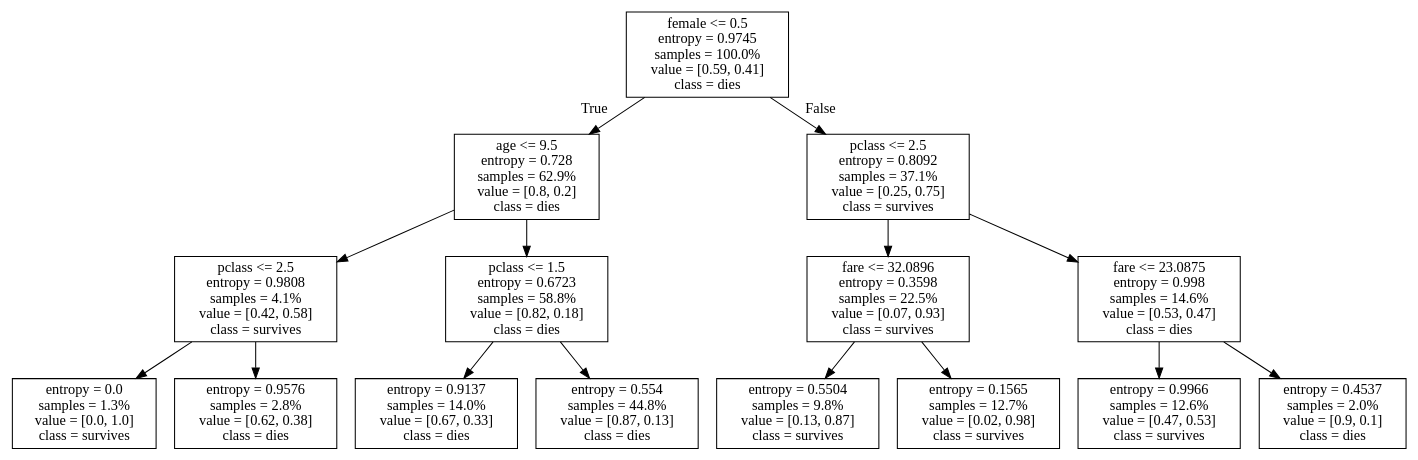
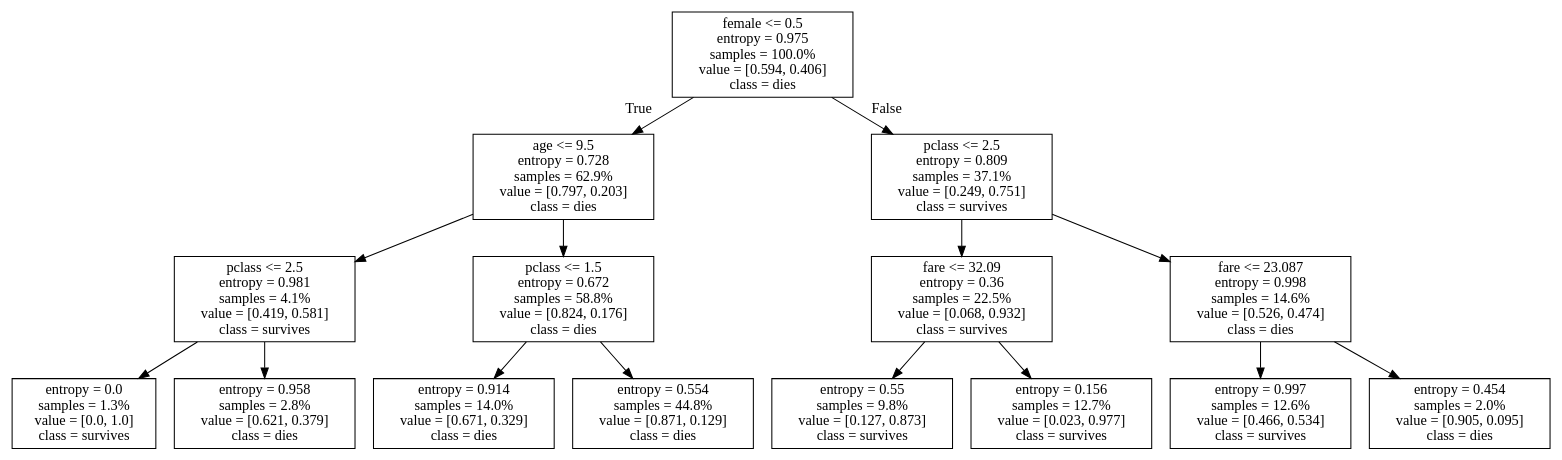
The diagram in Module2_Supervised/images/tree.dot (yizuc/datamining), drawn with Graphviz before and after one commit. The commit also changed 2 other files, not shown here.

Commit message:
Update boxplots, add histograms of fare distribution

```diff
--- a/Module2_Supervised/images/tree.dot
+++ b/Module2_Supervised/images/tree.dot
@@ -1,32 +1,32 @@
 digraph Tree {
 node [shape=box] ;
-0 [label="female <= 0.5\nentropy = 0.9745\nsamples = 100.0%\nvalue = [0.59, 0.41]\nclass = dies"] ;
-1 [label="age <= 9.5\nentropy = 0.728\nsamples = 62.9%\nvalue = [0.8, 0.2]\nclass = dies"] ;
+0 [label="female <= 0.5\nentropy = 0.975\nsamples = 100.0%\nvalue = [0.594, 0.406]\nclass = dies"] ;
+1 [label="age <= 9.5\nentropy = 0.728\nsamples = 62.9%\nvalue = [0.797, 0.203]\nclass = dies"] ;
 0 -> 1 [labeldistance=2.5, labelangle=45, headlabel="True"] ;
-2 [label="pclass <= 2.5\nentropy = 0.9808\nsamples = 4.1%\nvalue = [0.42, 0.58]\nclass = survives"] ;
+2 [label="pclass <= 2.5\nentropy = 0.981\nsamples = 4.1%\nvalue = [0.419, 0.581]\nclass = survives"] ;
 1 -> 2 ;
 3 [label="entropy = 0.0\nsamples = 1.3%\nvalue = [0.0, 1.0]\nclass = survives"] ;
 2 -> 3 ;
-4 [label="entropy = 0.9576\nsamples = 2.8%\nvalue = [0.62, 0.38]\nclass = dies"] ;
+4 [label="entropy = 0.958\nsamples = 2.8%\nvalue = [0.621, 0.379]\nclass = dies"] ;
 2 -> 4 ;
-5 [label="pclass <= 1.5\nentropy = 0.6723\nsamples = 58.8%\nvalue = [0.82, 0.18]\nclass = dies"] ;
+5 [label="pclass <= 1.5\nentropy = 0.672\nsamples = 58.8%\nvalue = [0.824, 0.176]\nclass = dies"] ;
 1 -> 5 ;
-6 [label="entropy = 0.9137\nsamples = 14.0%\nvalue = [0.67, 0.33]\nclass = dies"] ;
+6 [label="entropy = 0.914\nsamples = 14.0%\nvalue = [0.671, 0.329]\nclass = dies"] ;
 5 -> 6 ;
-7 [label="entropy = 0.554\nsamples = 44.8%\nvalue = [0.87, 0.13]\nclass = dies"] ;
+7 [label="entropy = 0.554\nsamples = 44.8%\nvalue = [0.871, 0.129]\nclass = dies"] ;
 5 -> 7 ;
-8 [label="pclass <= 2.5\nentropy = 0.8092\nsamples = 37.1%\nvalue = [0.25, 0.75]\nclass = survives"] ;
+8 [label="pclass <= 2.5\nentropy = 0.809\nsamples = 37.1%\nvalue = [0.249, 0.751]\nclass = survives"] ;
 0 -> 8 [labeldistance=2.5, labelangle=-45, headlabel="False"] ;
-9 [label="fare <= 32.0896\nentropy = 0.3598\nsamples = 22.5%\nvalue = [0.07, 0.93]\nclass = survives"] ;
+9 [label="fare <= 32.09\nentropy = 0.36\nsamples = 22.5%\nvalue = [0.068, 0.932]\nclass = survives"] ;
 8 -> 9 ;
-10 [label="entropy = 0.5504\nsamples = 9.8%\nvalue = [0.13, 0.87]\nclass = survives"] ;
+10 [label="entropy = 0.55\nsamples = 9.8%\nvalue = [0.127, 0.873]\nclass = survives"] ;
 9 -> 10 ;
-11 [label="entropy = 0.1565\nsamples = 12.7%\nvalue = [0.02, 0.98]\nclass = survives"] ;
+11 [label="entropy = 0.156\nsamples = 12.7%\nvalue = [0.023, 0.977]\nclass = survives"] ;
 9 -> 11 ;
-12 [label="fare <= 23.0875\nentropy = 0.998\nsamples = 14.6%\nvalue = [0.53, 0.47]\nclass = dies"] ;
+12 [label="fare <= 23.087\nentropy = 0.998\nsamples = 14.6%\nvalue = [0.526, 0.474]\nclass = dies"] ;
 8 -> 12 ;
-13 [label="entropy = 0.9966\nsamples = 12.6%\nvalue = [0.47, 0.53]\nclass = survives"] ;
+13 [label="entropy = 0.997\nsamples = 12.6%\nvalue = [0.466, 0.534]\nclass = survives"] ;
 12 -> 13 ;
-14 [label="entropy = 0.4537\nsamples = 2.0%\nvalue = [0.9, 0.1]\nclass = dies"] ;
+14 [label="entropy = 0.454\nsamples = 2.0%\nvalue = [0.905, 0.095]\nclass = dies"] ;
 12 -> 14 ;
 }
```
